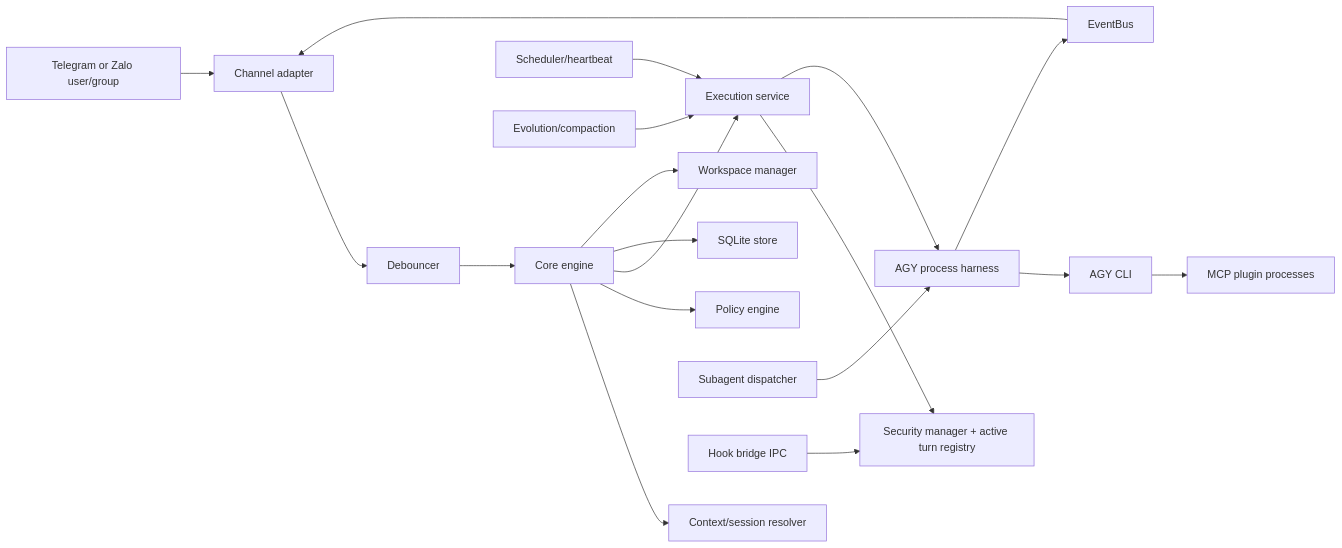
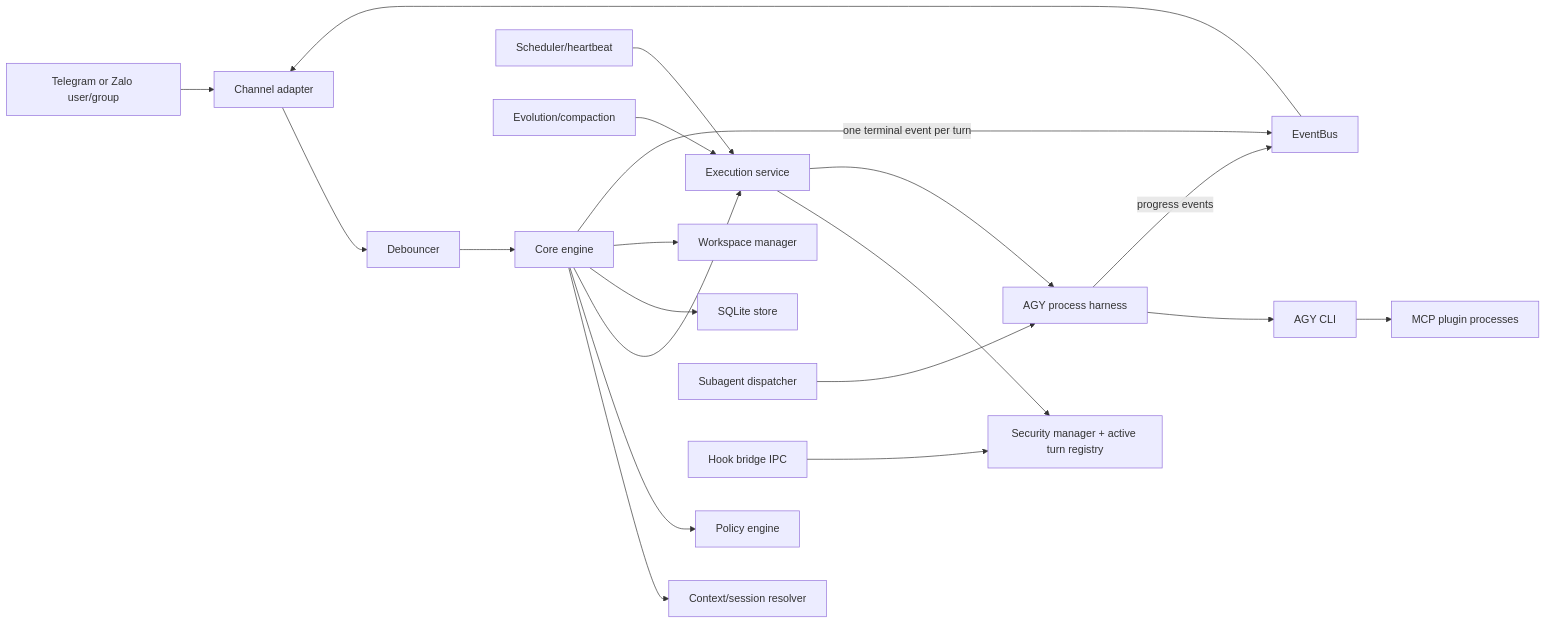
The first of 2 diagrams in docs/architecture.md (khanhbkqt/agyent), drawn with Mermaid before and after one commit. The commit also changed other lines of this file and 37 other files, not shown here.

````diff
--- a/docs/architecture.md
+++ b/docs/architecture.md
@@ -19,25 +19,26 @@
 ```mermaid
 flowchart LR
     U[Telegram or Zalo user/group] --> T[Channel adapter]
     T --> D[Debouncer]
     D --> E[Core engine]
 
     E --> R[Context/session resolver]
     E --> P[Policy engine]
     E --> X[Execution service]
     E --> S[SQLite store]
     E --> W[Workspace manager]
 
     X --> G[Security manager + active turn registry]
     X --> H[AGY process harness]
     H --> A[AGY CLI]
     A --> M[MCP plugin processes]
 
-    H --> B[EventBus]
+    H -->|progress events| B[EventBus]
+    E -->|one terminal event per turn| B
     B --> T
 
     C[Scheduler/heartbeat] --> X
     Q[Subagent dispatcher] --> H
     V[Evolution/compaction] --> X
     I[Hook bridge IPC] --> G
 ```
````
